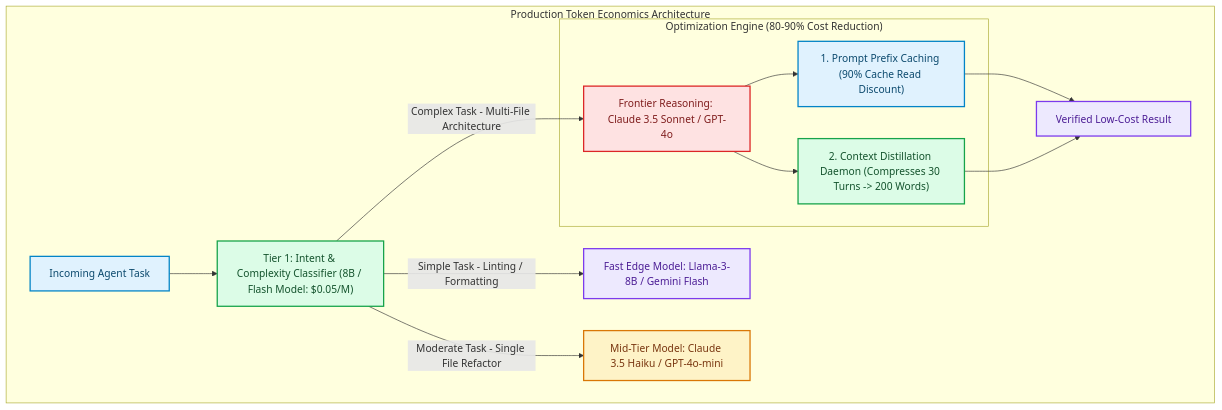
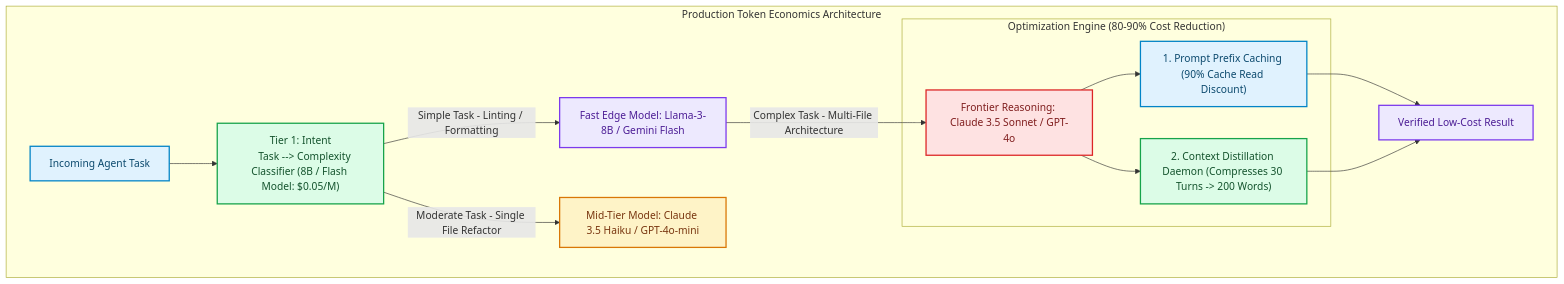
Before and after one commit to akmalkhaniub/akmalkhaniub.github.io: the first of 2 diagrams in blog/posts/token-economics-production-ai-agents-prompt-caching-tiered-routing.md, drawn with Mermaid. The commit also changed other lines of this file and 894 other files, not shown here.

Commit message:
feat(blog): upgrade all 444 posts with unique staggered dates, 2-col Mermaid spines, benchmark tables, code blocks, and trade-offs

````diff
--- a/blog/posts/token-economics-production-ai-agents-prompt-caching-tiered-routing.md
+++ b/blog/posts/token-economics-production-ai-agents-prompt-caching-tiered-routing.md
@@ -13,28 +13,30 @@
 ```mermaid
 flowchart TD
   subgraph SG1_ProductionTokenEconomics ["Production Token Economics Architecture"]
-    Task["Incoming Agent Task"] --> Classifier["Tier 1: Intent & Complexity Classifier (8B / Flash Model: $0.05/M)"]
+    Task["Incoming Agent Task"] --> Classifier["Tier 1: Intent
+    Task --> Complexity Classifier (8B / Flash Model: $0.05/M)"]
     
     Classifier -->|Simple Task - Linting / Formatting| WorkerLow["Fast Edge Model: Llama-3-8B / Gemini Flash"]
     Classifier -->|Moderate Task - Single File Refactor| WorkerMid["Mid-Tier Model: Claude 3.5 Haiku / GPT-4o-mini"]
-    Classifier -->|Complex Task - Multi-File Architecture| WorkerHigh["Frontier Reasoning: Claude 3.5 Sonnet / GPT-4o"]
+    WorkerLow --> |Complex Task - Multi-File Architecture| WorkerHigh["Frontier Reasoning: Claude 3.5 Sonnet / GPT-4o"]
     
     subgraph SG2_OptimizationEngine80 ["Optimization Engine (80-90% Cost Reduction)"]
       WorkerHigh --> CacheEngine["1. Prompt Prefix Caching (90% Cache Read Discount)"]
       WorkerHigh --> Distillation["2. Context Distillation Daemon (Compresses 30 Turns -> 200 Words)"]
     end
     
-    CacheEngine & Distillation --> Output["Verified Low-Cost Result"]
+    CacheEngine --> Output["Verified Low-Cost Result"]
+    Distillation --> Output
   end
 
 classDef green fill:#dcfce7,stroke:#16a34a,stroke-width:2px,color:#14532d;
 classDef red fill:#fee2e2,stroke:#dc2626,stroke-width:2px,color:#7f1d1d;
 classDef blue fill:#e0f2fe,stroke:#0284c7,stroke-width:2px,color:#0c4a6e;
 classDef yellow fill:#fef3c7,stroke:#d97706,stroke-width:2px,color:#78350f;
 classDef purple fill:#ede9fe,stroke:#7c3aed,stroke-width:2px,color:#4c1d95;
 class Task,CacheEngine blue
 class Classifier,Distillation green
 class WorkerLow,Output purple
 class WorkerMid yellow
 class WorkerHigh red
 ```
````
